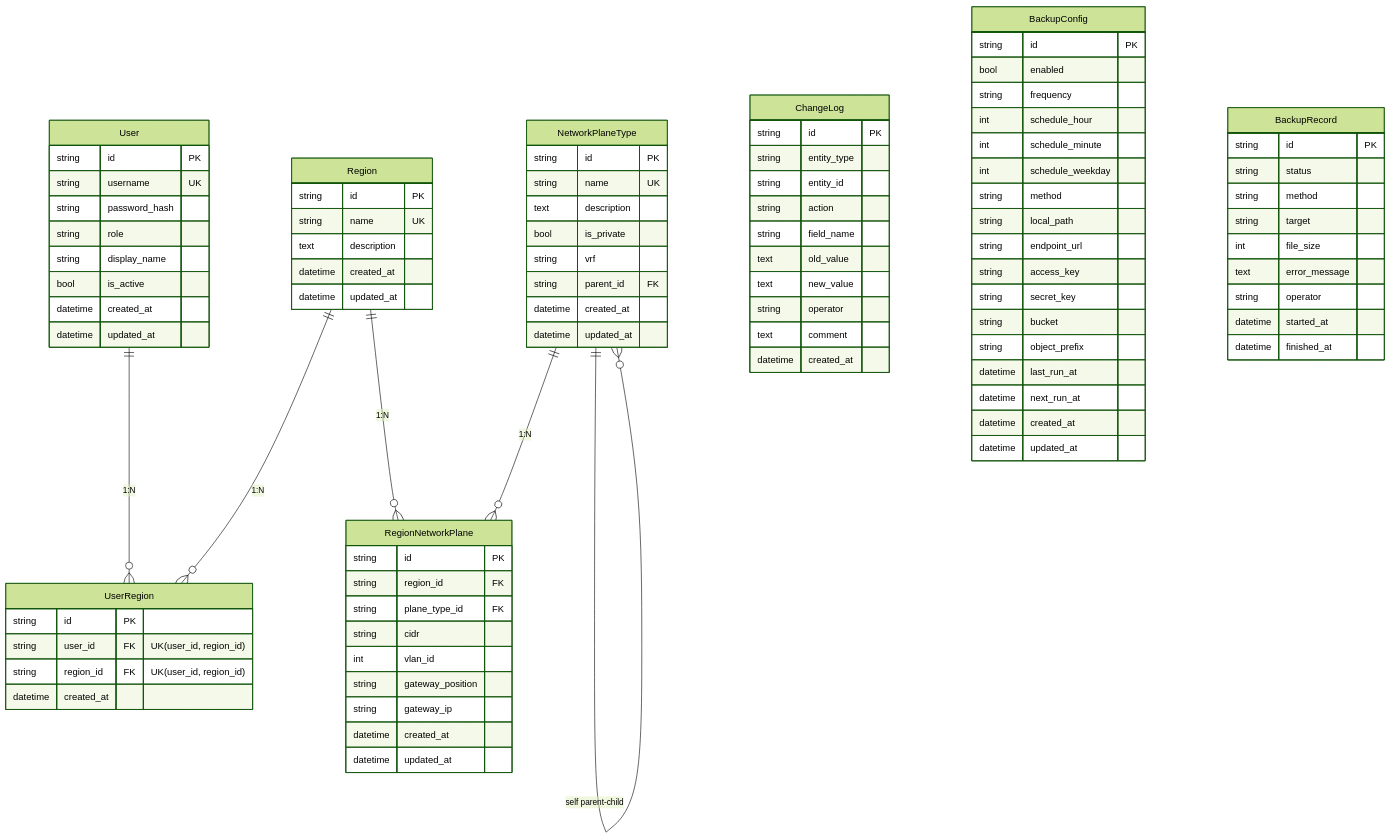
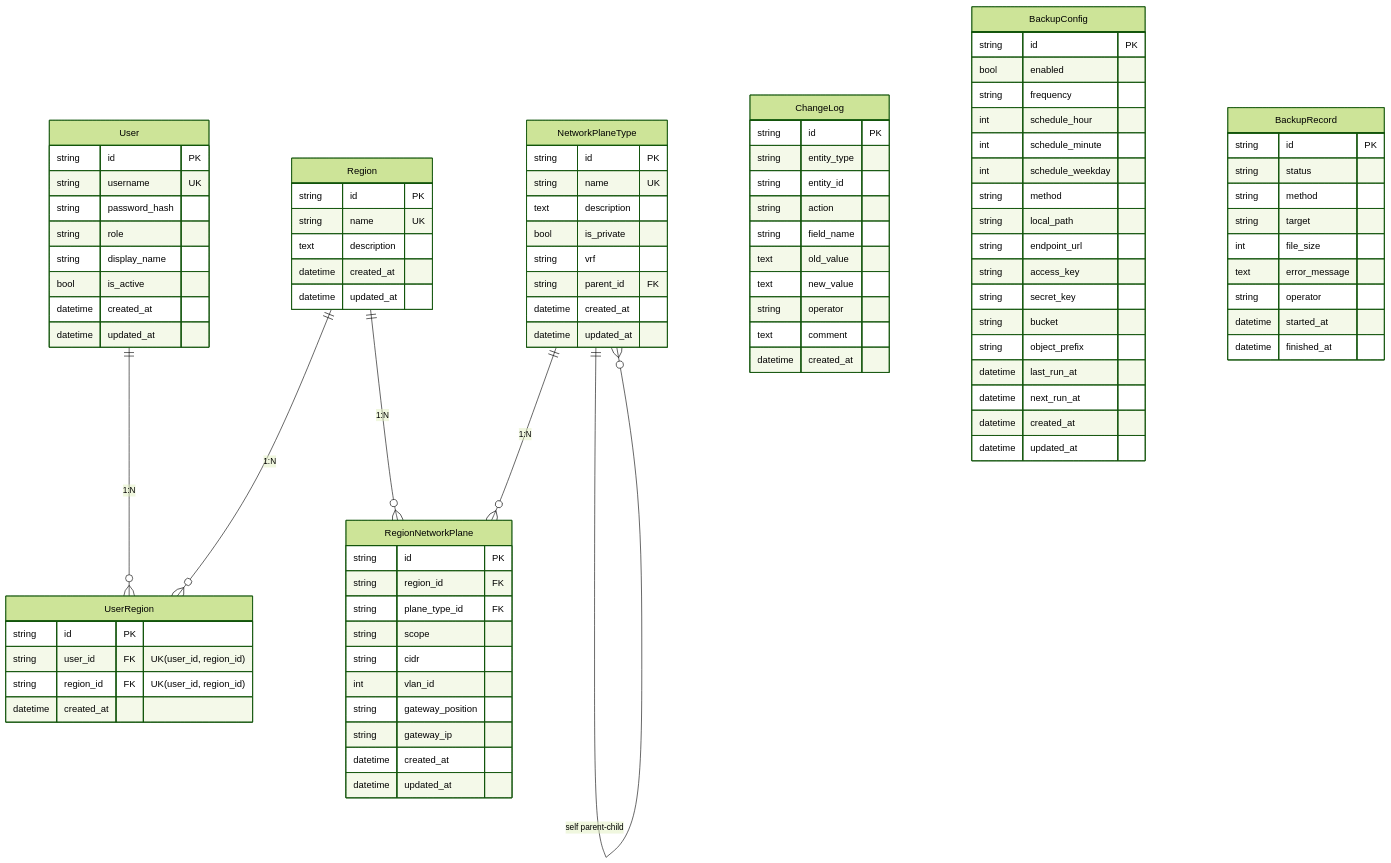
Before and after one commit to zhou-xingxing/hcs-lld-management: the second of 4 diagrams in SYSTEM_DESIGN.md, drawn with Mermaid (forest theme). The commit also changed other lines of this file and 16 other files, not shown here.

```diff
--- a/SYSTEM_DESIGN.md
+++ b/SYSTEM_DESIGN.md
@@ -144,6 +144,7 @@
         string id PK
         string region_id FK
         string plane_type_id FK
+        string scope
         string cidr
         int    vlan_id
         string gateway_position
```
